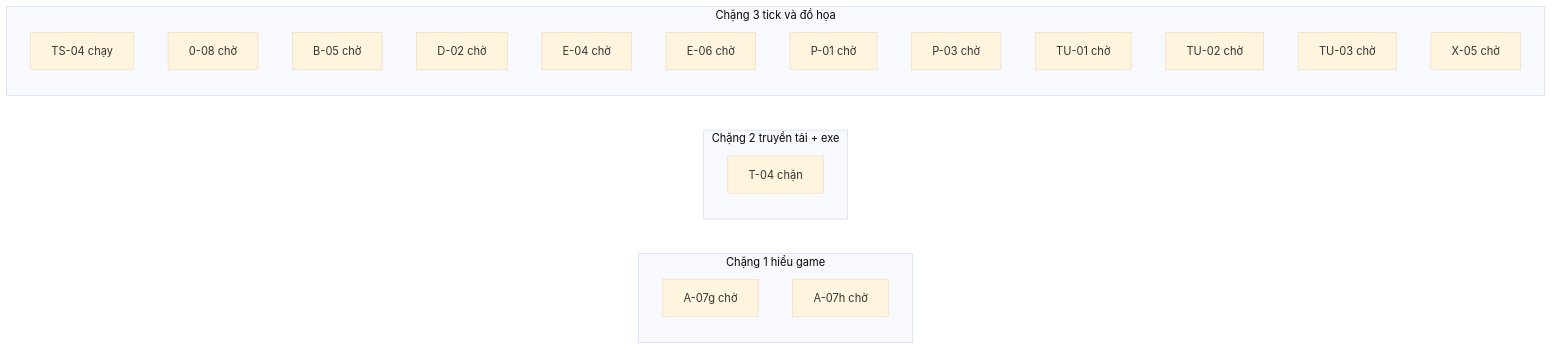
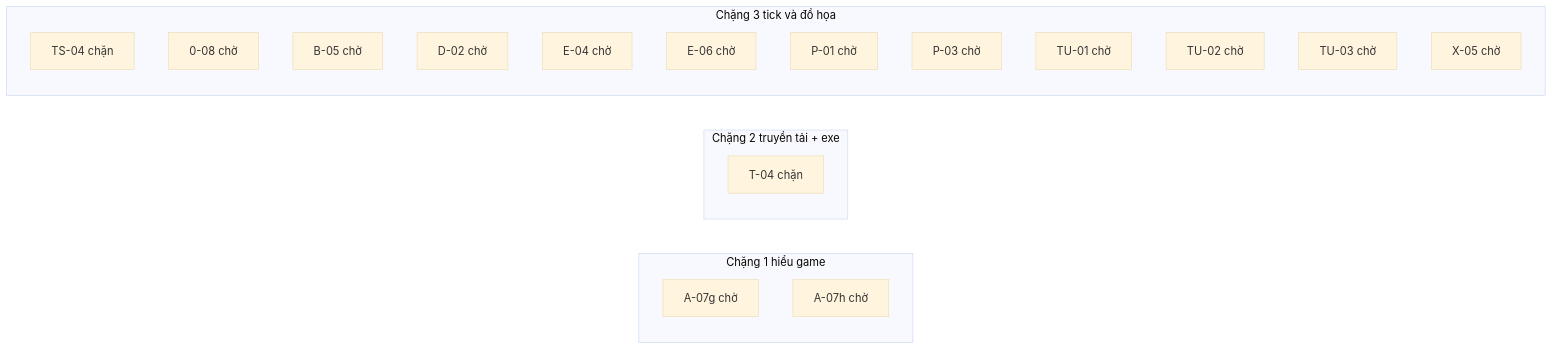
The diagram in JX1_OPS/STATE/TIEN-DO.md (ndtangoss-dev/jx1-reports), drawn with Mermaid (base theme) before and after one commit. The commit also changed other lines of this file and 2 other files, not shown here.

````diff
--- a/JX1_OPS/STATE/TIEN-DO.md
+++ b/JX1_OPS/STATE/TIEN-DO.md
@@ -9,24 +9,24 @@
 ```mermaid
 flowchart LR
   subgraph S1["Chặng 1 hiểu game"]
     A_07g["A-07g chờ"]
     A_07h["A-07h chờ"]
   end
   subgraph S2["Chặng 2 truyền tải + exe"]
     T_04["T-04 chặn"]
   end
   subgraph S3["Chặng 3 tick và đồ họa"]
-    TS_04["TS-04 chạy"]
+    TS_04["TS-04 chặn"]
     0_08["0-08 chờ"]
     B_05["B-05 chờ"]
     D_02["D-02 chờ"]
     E_04["E-04 chờ"]
     E_06["E-06 chờ"]
     P_01["P-01 chờ"]
     P_03["P-03 chờ"]
     TU_01["TU-01 chờ"]
     TU_02["TU-02 chờ"]
     TU_03["TU-03 chờ"]
     X_05["X-05 chờ"]
   end
 ```
````
